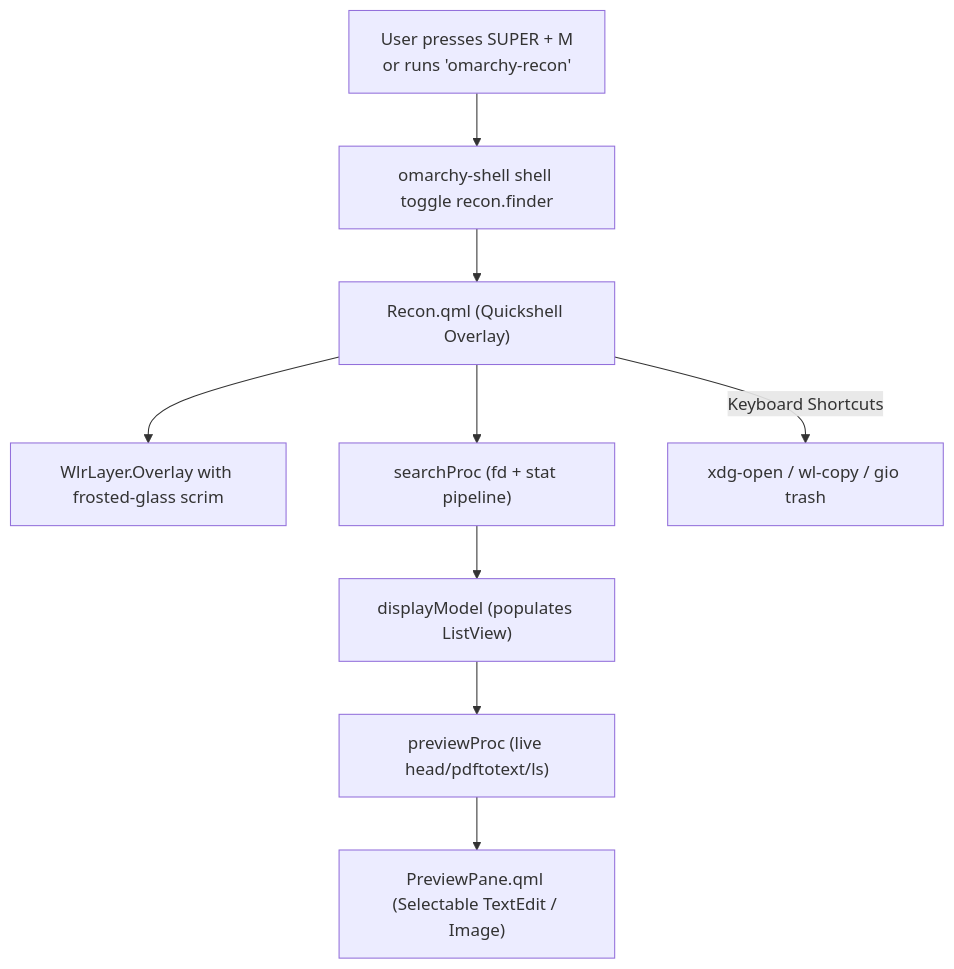
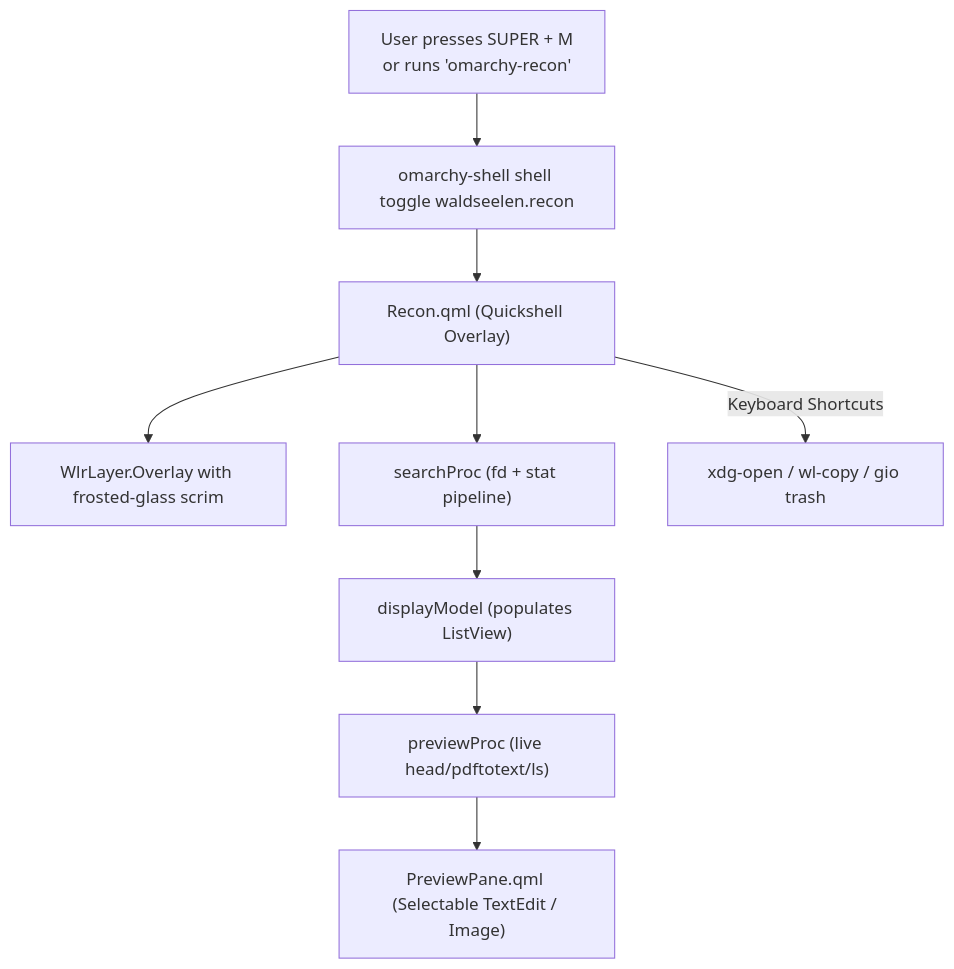
One commit to waldseelen/omarchy-recon changed the diagram in AGENT.md. Above: the diagram before and after it, drawn with Mermaid. The commit also changed other lines of this file and 7 other files, not shown here.

````diff
--- a/AGENT.md
+++ b/AGENT.md
@@ -42,11 +42,11 @@
 ```mermaid
 flowchart TD
-    A["User presses SUPER + M\nor runs 'omarchy-recon'"] --> B["omarchy-shell shell toggle recon.finder"]
+    A["User presses SUPER + M\nor runs 'omarchy-recon'"] --> B["omarchy-shell shell toggle waldseelen.recon"]
     B --> C["Recon.qml (Quickshell Overlay)"]
     C --> D["WlrLayer.Overlay with frosted-glass scrim"]
     C --> E["searchProc (fd + stat pipeline)"]
     E --> F["displayModel (populates ListView)"]
     F --> G["previewProc (live head/pdftotext/ls)"]
     G --> H["PreviewPane.qml (Selectable TextEdit / Image)"]
     C -->|Keyboard Shortcuts| I["xdg-open / wl-copy / gio trash"]
 ```
````
